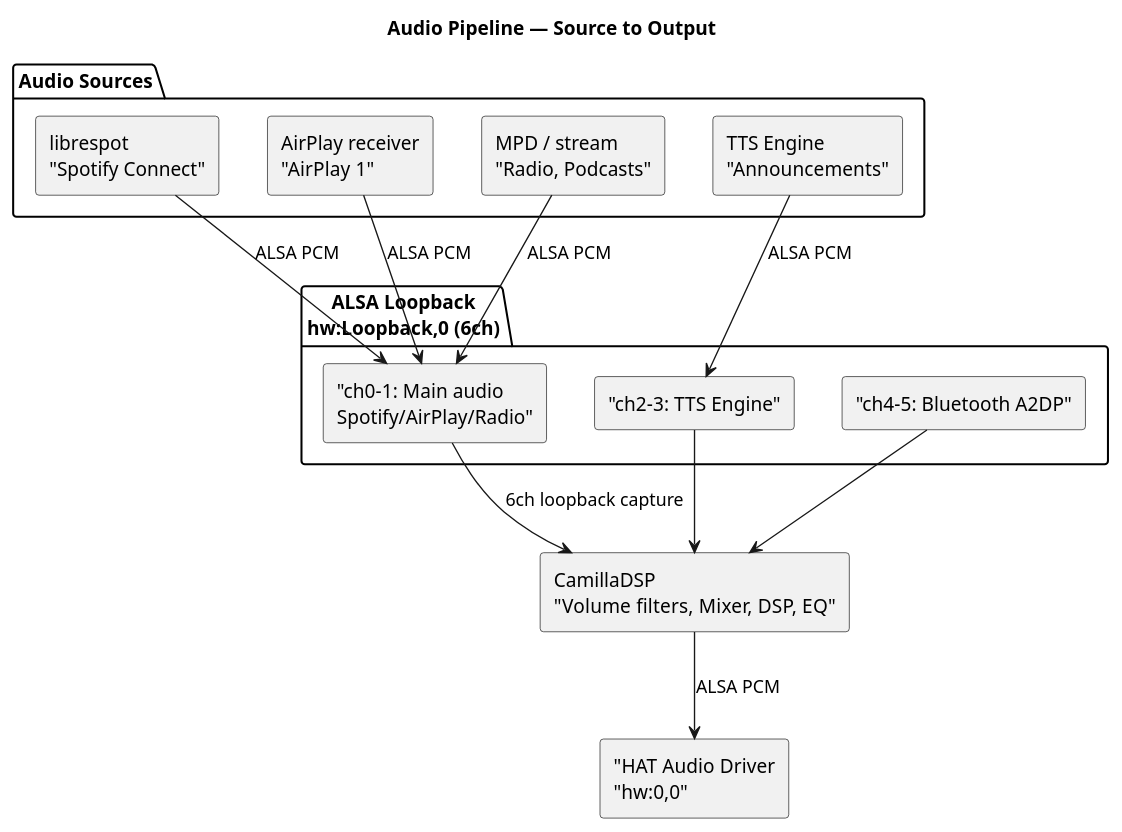
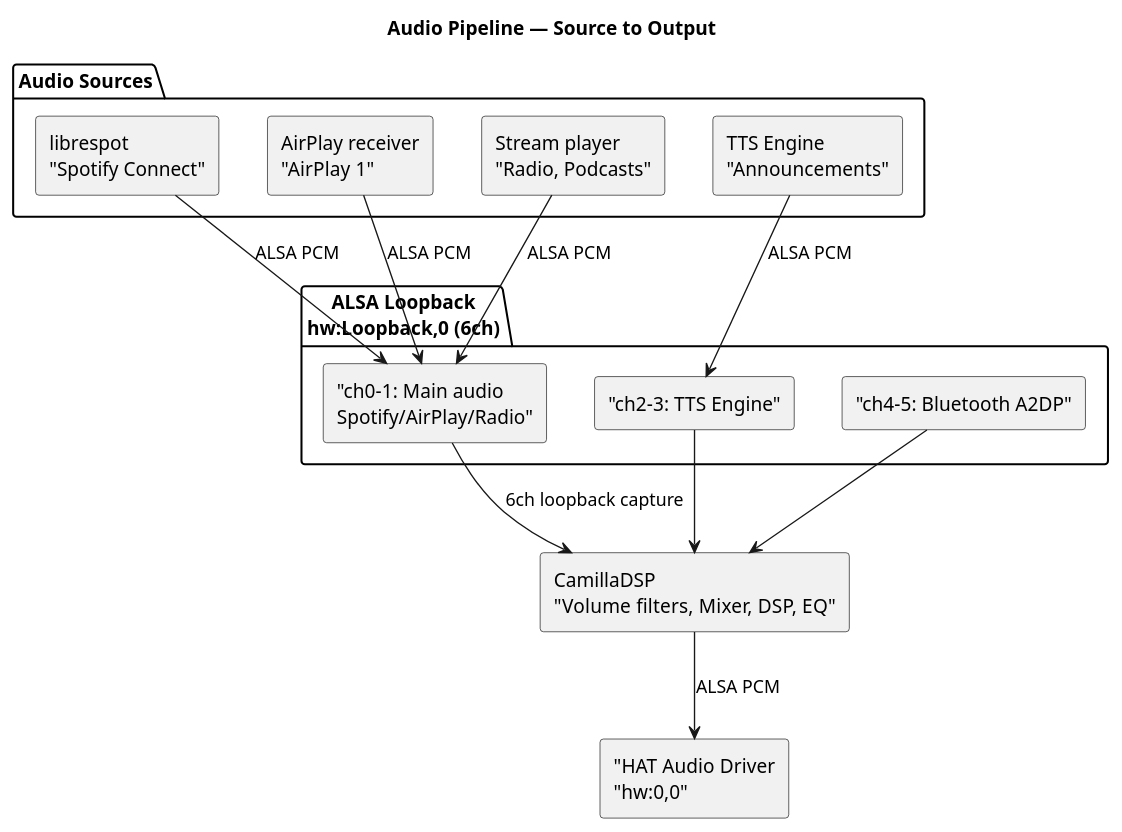
The first of 2 diagrams in docs/source/architecture/audio-player/index.rst (LydByDissing/kids-desktop-speaker), drawn with PlantUML before and after one commit. The commit also changed other lines of this file and 43 other files, not shown here.

First line of the commit message:
feat(audio): radio and podcasts in the Audio Player, without MPD (KDS-9jt.5, DEC-048)

```diff
--- a/docs/source/architecture/audio-player/index.rst
+++ b/docs/source/architecture/audio-player/index.rst
@@ -137,38 +137,38 @@
 .. plantuml::
    :caption: Audio Pipeline — Source to Output
    :name: fig-audio-pipeline
 
    @startuml
    skinparam componentStyle rectangle
    skinparam backgroundColor white
 
    title Audio Pipeline — Source to Output
 
    package "Audio Sources" as sources {
        component [librespot\n"Spotify Connect"] as spotify
        component [AirPlay receiver\n"AirPlay 1"] as airplay
-       component [MPD / stream\n"Radio, Podcasts"] as mpd
+       component [Stream player\n"Radio, Podcasts"] as mpd
        component [TTS Engine\n"Announcements"] as tts
    }
 
    package "ALSA Loopback\nhw:Loopback,0 (6ch)" as loopback {
        component ["ch0-1: Main audio\nSpotify/AirPlay/Radio"] as ch0
        component ["ch2-3: TTS Engine"] as ch1
        component ["ch4-5: Bluetooth A2DP"] as ch2
    }
 
    component [CamillaDSP\n"Volume filters, Mixer, DSP, EQ"] as dsp
    component ["HAT Audio Driver\n"hw:0,0"] as hat
 
    spotify --> ch0 : ALSA PCM
    airplay --> ch0 : ALSA PCM
    mpd --> ch0 : ALSA PCM
    tts --> ch1 : ALSA PCM
 
    ch0 --> dsp : 6ch loopback capture
    ch1 --> dsp
    ch2 --> dsp
 
    dsp --> hat : ALSA PCM
 
    @enduml
```
